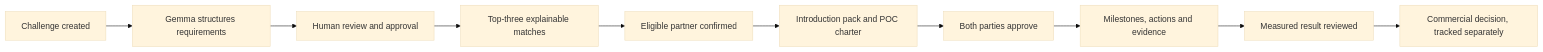
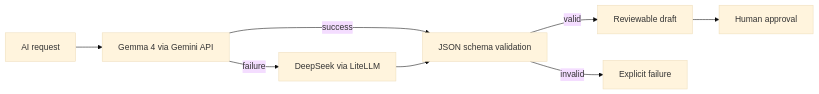
The first of 2 diagrams in README.md (nusabyte-my/pilot-bridge), drawn with Mermaid (base theme) before and after one commit. The commit also changed other lines of this file and 11 other files, not shown here.

Commit message:
Add official logo and Gemma-primary inference with DeepSeek fallback

````diff
--- a/README.md
+++ b/README.md
@@ -17,12 +129,10 @@
 ```mermaid
 flowchart LR
-    A[Challenge created] --> B[Gemma structures requirements]
-    B --> C[Human review and approval]
-    C --> D[Top-three explainable matches]
-    D --> E[Eligible partner confirmed]
-    E --> F[Introduction pack and POC charter]
-    F --> G[Both parties approve]
-    G --> H[Milestones, actions and evidence]
-    H --> I[Measured result reviewed]
-    I --> J[Commercial decision, tracked separately]
+    A[AI request] --> G[Gemma 4 via Gemini API]
+    G -->|success| J[JSON schema validation]
+    G -->|failure| D[DeepSeek via LiteLLM]
+    D --> J
+    J -->|valid| R[Reviewable draft]
+    J -->|invalid| X[Explicit failure]
+    R --> H[Human approval]
 ```
````
